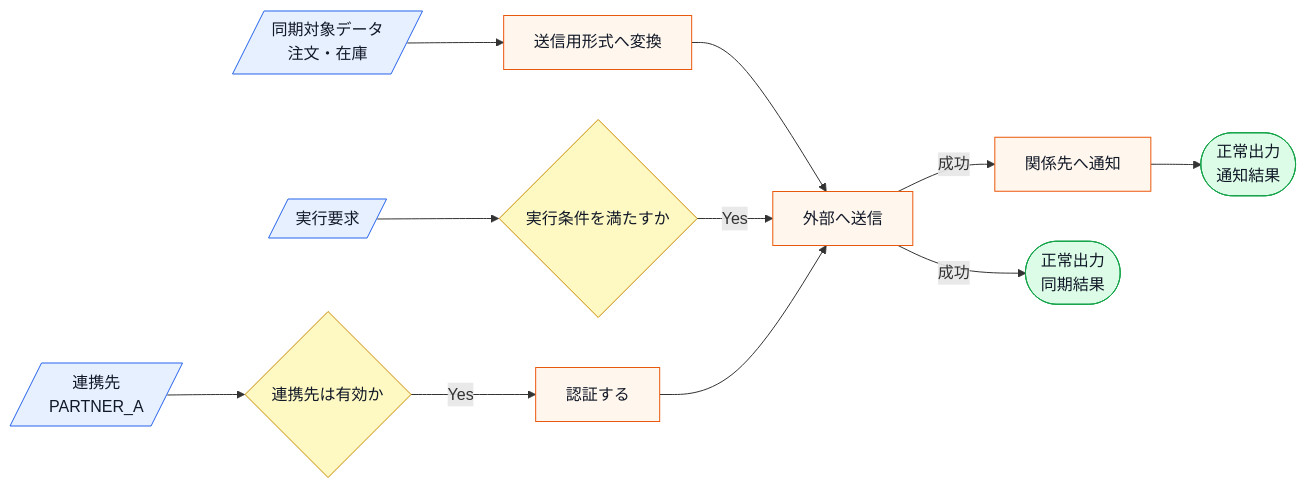
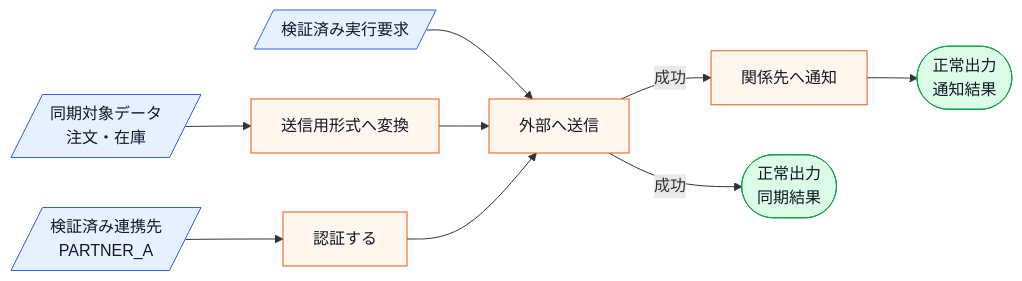
The second of 12 diagrams in kindle/design-patterns/output/chapter10.md (kumachan1101-pixel/DesignPattern), drawn with Mermaid before and after one commit. The commit also changed other lines of this file and 20 other files, not shown here.

````diff
--- a/kindle/design-patterns/output/chapter10.md
+++ b/kindle/design-patterns/output/chapter10.md
@@ -67,18 +67,16 @@
 ```mermaid
 flowchart LR
-    A[/連携先<br>PARTNER_A/]:::input --> B{連携先は有効か}:::decision
+    A[/検証済み連携先<br>PARTNER_A/]:::input --> G[認証する]:::process
     C[/同期対象データ<br>注文・在庫/]:::input --> D[送信用形式へ変換]:::process
-    E[/実行要求/]:::input --> F{実行条件を満たすか}:::decision
-    B -->|Yes| G[認証する]:::process
+    E[/検証済み実行要求/]:::input --> H
     D --> H[外部へ送信]:::process
-    F -->|Yes| H
     G --> H
     H -->|成功| I[関係先へ通知]:::process
     H -->|成功| J([正常出力<br>同期結果]):::normal
     I --> K([正常出力<br>通知結果]):::normal
 
     classDef input fill:#e7f0ff,stroke:#2563eb,color:#111827;
     classDef process fill:#fff7ed,stroke:#ea580c,color:#111827;
     classDef decision fill:#fef9c3,stroke:#ca8a04,color:#111827;
     classDef normal fill:#dcfce7,stroke:#16a34a,color:#111827;
 ```
````
